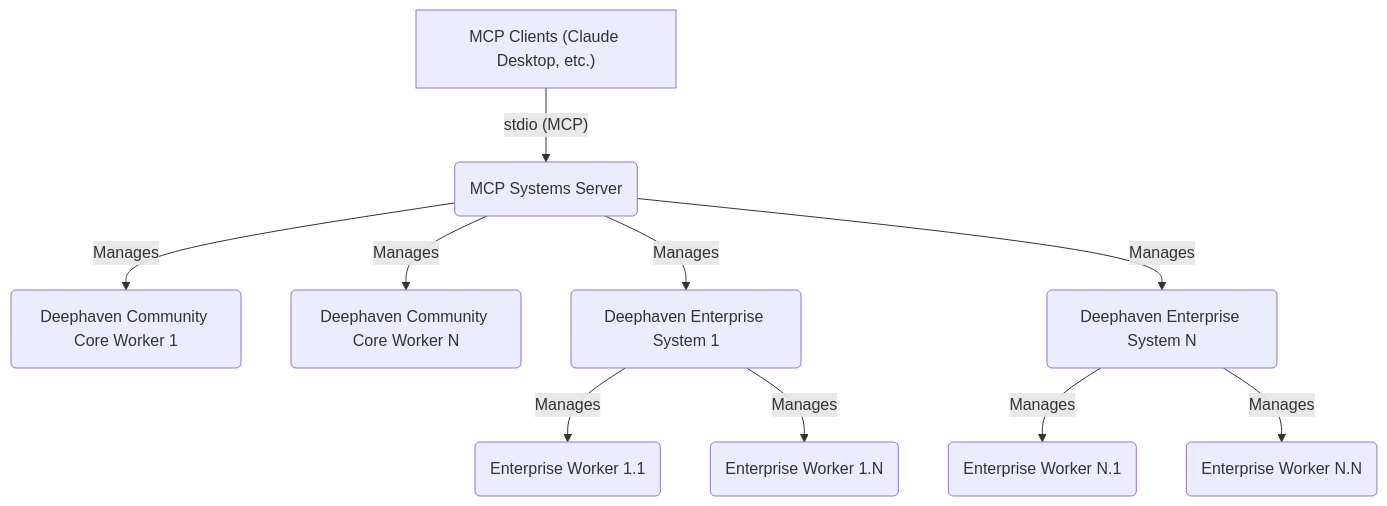
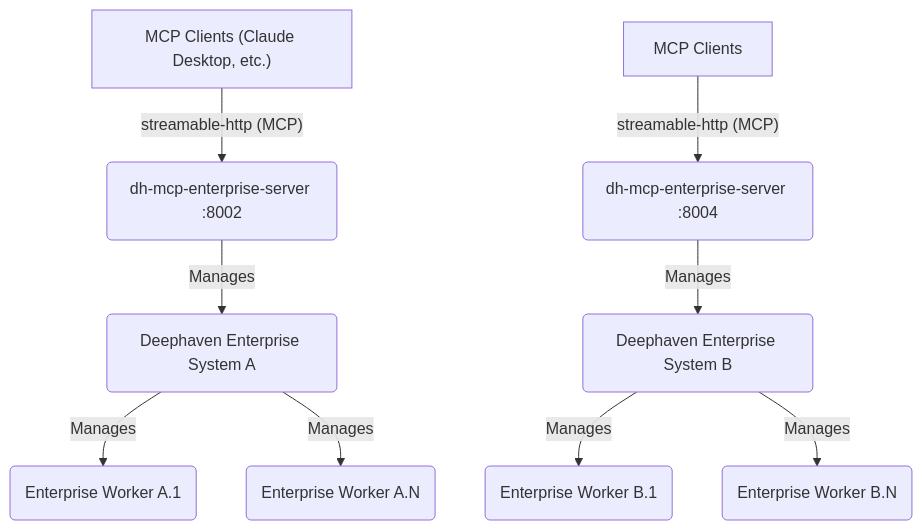
Before and after one commit to deephaven/deephaven-mcp: the first of 3 diagrams in README.md, drawn with Mermaid. The commit also changed other lines of this file and 64 other files, not shown here.

First line of the commit message:
docs: Update Copilot instructions for three-server architecture and streamable-http transport

````diff
--- a/README.md
+++ b/README.md
@@ -316,12 +472,11 @@
 ```mermaid
 graph TD
-    A["MCP Clients (Claude Desktop, etc.)"] --"stdio (MCP)"--> B("MCP Systems Server")
-    B --"Manages"--> C("Deephaven Community Core Worker 1")
-    B --"Manages"--> D("Deephaven Community Core Worker N")
-    B --"Manages"--> E("Deephaven Enterprise System 1")
-    B --"Manages"--> F("Deephaven Enterprise System N")
-    E --"Manages"--> G("Enterprise Worker 1.1")
-    E --"Manages"--> H("Enterprise Worker 1.N")
-    F --"Manages"--> I("Enterprise Worker N.1")
-    F --"Manages"--> J("Enterprise Worker N.N")
+    A["MCP Clients (Claude Desktop, etc.)"] --"streamable-http (MCP)"--> B("dh-mcp-enterprise-server :8002")
+    C["MCP Clients"] --"streamable-http (MCP)"--> D("dh-mcp-enterprise-server :8004")
+    B --"Manages"--> E("Deephaven Enterprise System A")
+    D --"Manages"--> F("Deephaven Enterprise System B")
+    E --"Manages"--> G("Enterprise Worker A.1")
+    E --"Manages"--> H("Enterprise Worker A.N")
+    F --"Manages"--> I("Enterprise Worker B.1")
+    F --"Manages"--> J("Enterprise Worker B.N")
 ```
````
